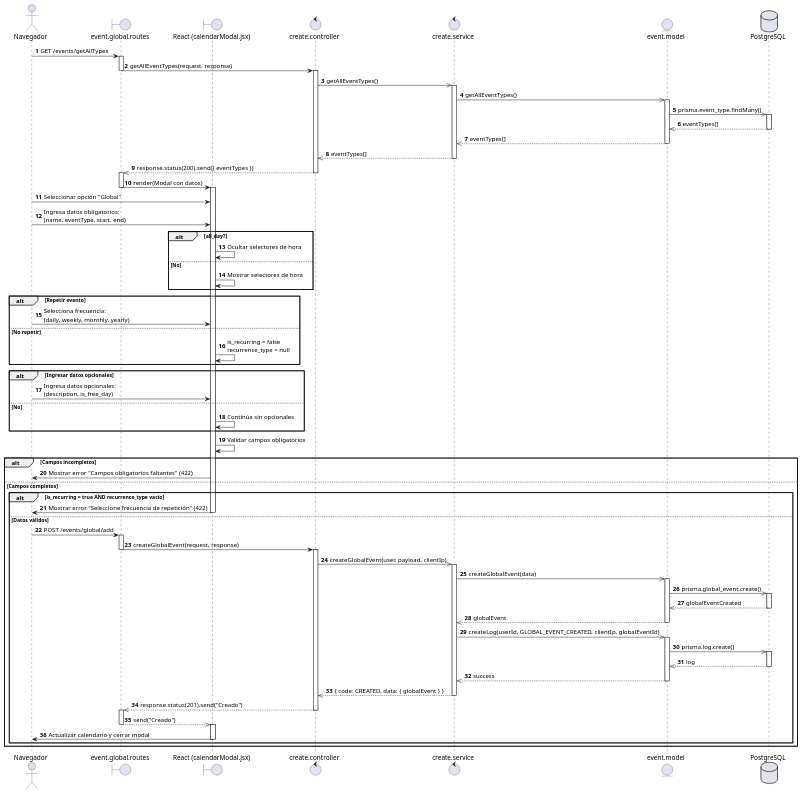
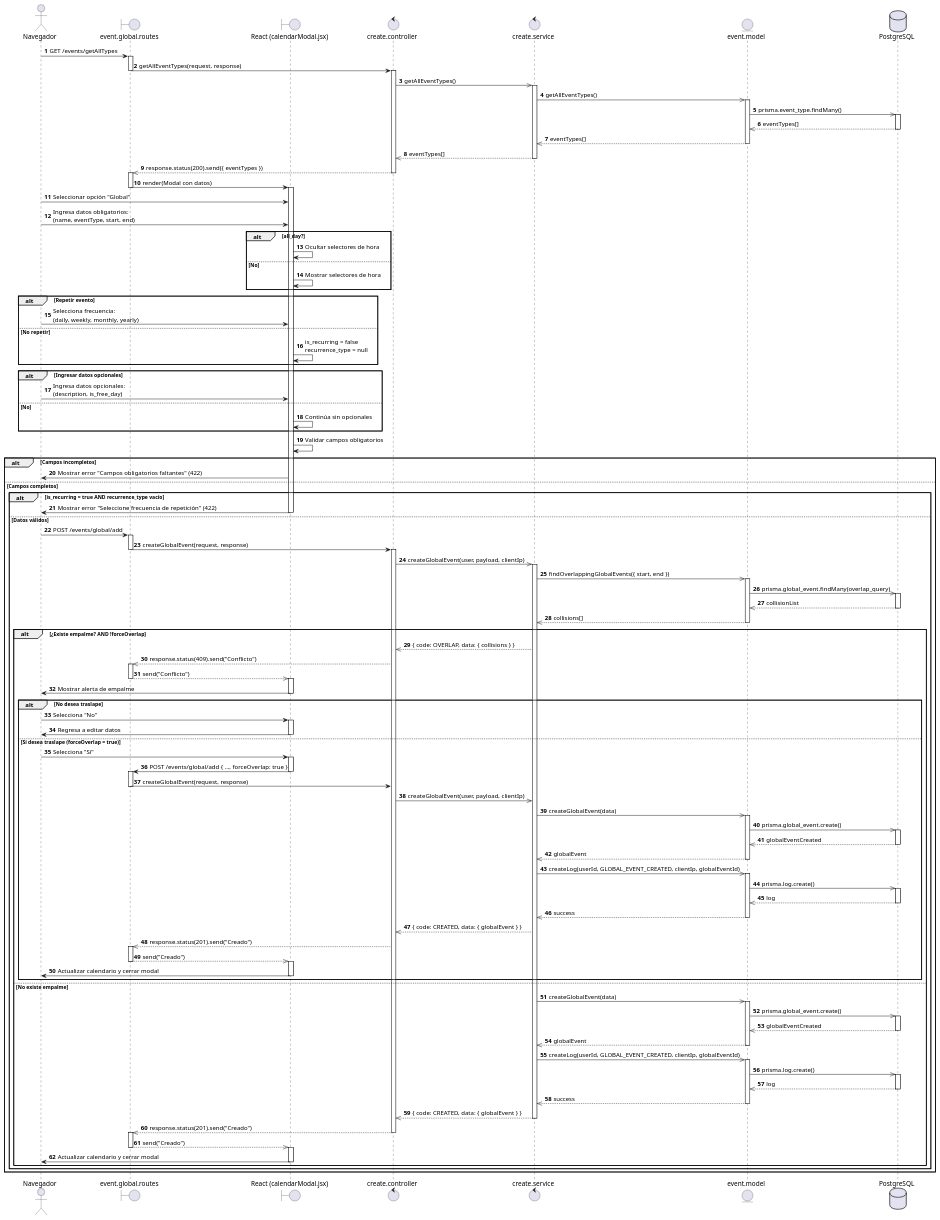
The diagram in diagrams/Sequence diagram/US52.puml (AztlanConsulting/RCHQ-Back), drawn with PlantUML before and after one commit.

Commit message:
docs(DS): Se modifica el diagrama de secuencia para crear evento global y tomar en cuenta los empalmes.

```diff
--- a/diagrams/Sequence diagram/US52.puml
+++ b/diagrams/Sequence diagram/US52.puml
@@ -1,117 +1,189 @@
 @startuml HU - Administrador registra evento global
 
 actor Navegador
 boundary "event.global.routes" as routes
 boundary "React (calendarModal.jsx)" as ReactView
 control "create.controller" as controller
 control "create.service" as event.service
 entity "event.model" as event.model
 database PostgreSQL
 
 autonumber
 
 Navegador -> routes : GET /events/getAllTypes
 activate routes
 
 routes -> controller : getAllEventTypes(request, response)
 deactivate routes
 activate controller
 
 controller ->> event.service : getAllEventTypes()
 activate event.service
 event.service ->> event.model : getAllEventTypes()
 activate event.model
 event.model ->> PostgreSQL : prisma.event_type.findMany()
 activate PostgreSQL
 PostgreSQL -->> event.model : eventTypes[]
 deactivate PostgreSQL
 event.model -->> event.service : eventTypes[]
 deactivate event.model
 event.service -->> controller : eventTypes[]
 deactivate event.service
 
 controller -->> routes : response.status(200).send({ eventTypes })
 deactivate controller
 activate routes
 
 routes -> ReactView : render(Modal con datos)
 deactivate routes
 activate ReactView
 
 Navegador -> ReactView : Seleccionar opción "Global"
 
 Navegador -> ReactView : Ingresa datos obligatorios:\n(name, eventType, start, end)
 
 alt all_day?
     ReactView -> ReactView : Ocultar selectores de hora
 else No
     ReactView -> ReactView : Mostrar selectores de hora
 end
 
 alt Repetir evento
     Navegador -> ReactView : Selecciona frecuencia:\n(daily, weekly, monthly, yearly)
 else No repetir
     ReactView -> ReactView : is_recurring = false\nrecurrence_type = null
 end
 
 alt Ingresar datos opcionales
     Navegador -> ReactView : Ingresa datos opcionales:\n(description, is_free_day)
 else No
     ReactView -> ReactView : Continúa sin opcionales
 end
 
 ReactView -> ReactView : Validar campos obligatorios
 
 alt Campos incompletos
     ReactView -> Navegador : Mostrar error "Campos obligatorios faltantes" (422)
 else Campos completos
 
     alt is_recurring = true AND recurrence_type vacío
         ReactView -> Navegador : Mostrar error "Seleccione frecuencia de repetición" (422)
         deactivate ReactView
     else Datos válidos
         Navegador -> routes : POST /events/global/add
         activate routes
 
         routes -> controller : createGlobalEvent(request, response)
         deactivate routes
         activate controller
 
         controller ->> event.service : createGlobalEvent(user, payload, clientIp)
         activate event.service
 
-        event.service ->> event.model : createGlobalEvent(data)
+        event.service ->> event.model : findOverlappingGlobalEvents({ start, end })
         activate event.model
-        event.model ->> PostgreSQL : prisma.global_event.create()
+
+        event.model ->> PostgreSQL : prisma.global_event.findMany(overlap_query)
         activate PostgreSQL
-        PostgreSQL -->> event.model : globalEventCreated
+        PostgreSQL -->> event.model : collisionList
         deactivate PostgreSQL
-        event.model -->> event.service : globalEvent
+
+        event.model -->> event.service : collisions[]
         deactivate event.model
 
-        event.service ->> event.model : createLog(userId, GLOBAL_EVENT_CREATED, clientIp, globalEventId)
-        activate event.model
-        event.model ->> PostgreSQL : prisma.log.create()
-        activate PostgreSQL
-        PostgreSQL -->> event.model : log
-        deactivate PostgreSQL
-        event.model -->> event.service : success
-        deactivate event.model
+        alt ¿Existe empalme? AND !forceOverlap
+            event.service -->> controller : { code: OVERLAP, data: { collisions } }
+            controller -->> routes : response.status(409).send("Conflicto")
+            activate routes
 
-        event.service -->> controller : { code: CREATED, data: { globalEvent } }
-        deactivate event.service
+            routes -->> ReactView : send("Conflicto")
+            deactivate routes
+            activate ReactView
 
-        controller -->> routes : response.status(201).send("Creado")
-        deactivate controller
-        activate routes
+            ReactView -> Navegador : Mostrar alerta de empalme
+            deactivate ReactView
 
-        routes -->> ReactView : send("Creado")
-        deactivate routes
-        activate ReactView
+            alt No desea traslape
+                Navegador -> ReactView : Selecciona "No"
+                activate ReactView
+                ReactView -> Navegador : Regresa a editar datos
+                deactivate ReactView
+            else Sí desea traslape (forceOverlap = true)
+                Navegador -> ReactView : Selecciona "Sí"
+                activate ReactView
 
-        ReactView -> Navegador : Actualizar calendario y cerrar modal
-        deactivate ReactView
+                ReactView -> routes : POST /events/global/add { ..., forceOverlap: true }
+                deactivate ReactView
+                activate routes
+
+                routes -> controller : createGlobalEvent(request, response)
+                deactivate routes
+                controller ->> event.service : createGlobalEvent(user, payload, clientIp)
+                event.service ->> event.model : createGlobalEvent(data)
+                activate event.model
+                event.model ->> PostgreSQL : prisma.global_event.create()
+                activate PostgreSQL
+                PostgreSQL -->> event.model : globalEventCreated
+                deactivate PostgreSQL
+                event.model -->> event.service : globalEvent
+                deactivate event.model
+
+                event.service ->> event.model : createLog(userId, GLOBAL_EVENT_CREATED, clientIp, globalEventId)
+                activate event.model
+                event.model ->> PostgreSQL : prisma.log.create()
+                activate PostgreSQL
+                PostgreSQL -->> event.model : log
+                deactivate PostgreSQL
+                event.model -->> event.service : success
+                deactivate event.model
+
+                event.service -->> controller : { code: CREATED, data: { globalEvent } }
+
+                controller -->> routes : response.status(201).send("Creado")
+                activate routes
+
+                routes -->> ReactView : send("Creado")
+                deactivate routes
+                activate ReactView
+
+                ReactView -> Navegador : Actualizar calendario y cerrar modal
+                deactivate ReactView
+            end
+
+        else No existe empalme
+            event.service ->> event.model : createGlobalEvent(data)
+            activate event.model
+            event.model ->> PostgreSQL : prisma.global_event.create()
+            activate PostgreSQL
+            PostgreSQL -->> event.model : globalEventCreated
+            deactivate PostgreSQL
+            event.model -->> event.service : globalEvent
+            deactivate event.model
+
+            event.service ->> event.model : createLog(userId, GLOBAL_EVENT_CREATED, clientIp, globalEventId)
+            activate event.model
+            event.model ->> PostgreSQL : prisma.log.create()
+            activate PostgreSQL
+            PostgreSQL -->> event.model : log
+            deactivate PostgreSQL
+            event.model -->> event.service : success
+            deactivate event.model
+
+            event.service -->> controller : { code: CREATED, data: { globalEvent } }
+            deactivate event.service
+
+            controller -->> routes : response.status(201).send("Creado")
+            deactivate controller
+            activate routes
+
+            routes -->> ReactView : send("Creado")
+            deactivate routes
+            activate ReactView
+
+            ReactView -> Navegador : Actualizar calendario y cerrar modal
+            deactivate ReactView
+        end
     end
 end
 
 @enduml
```
